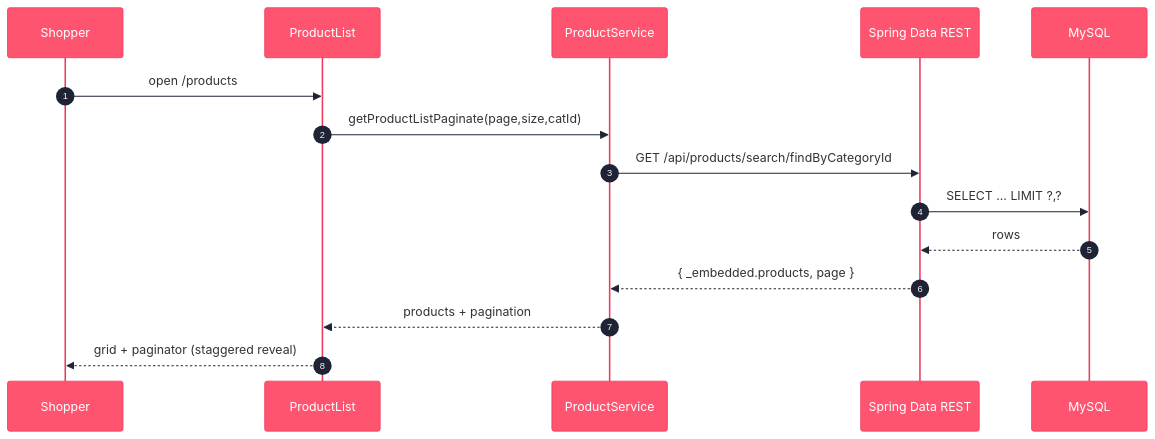
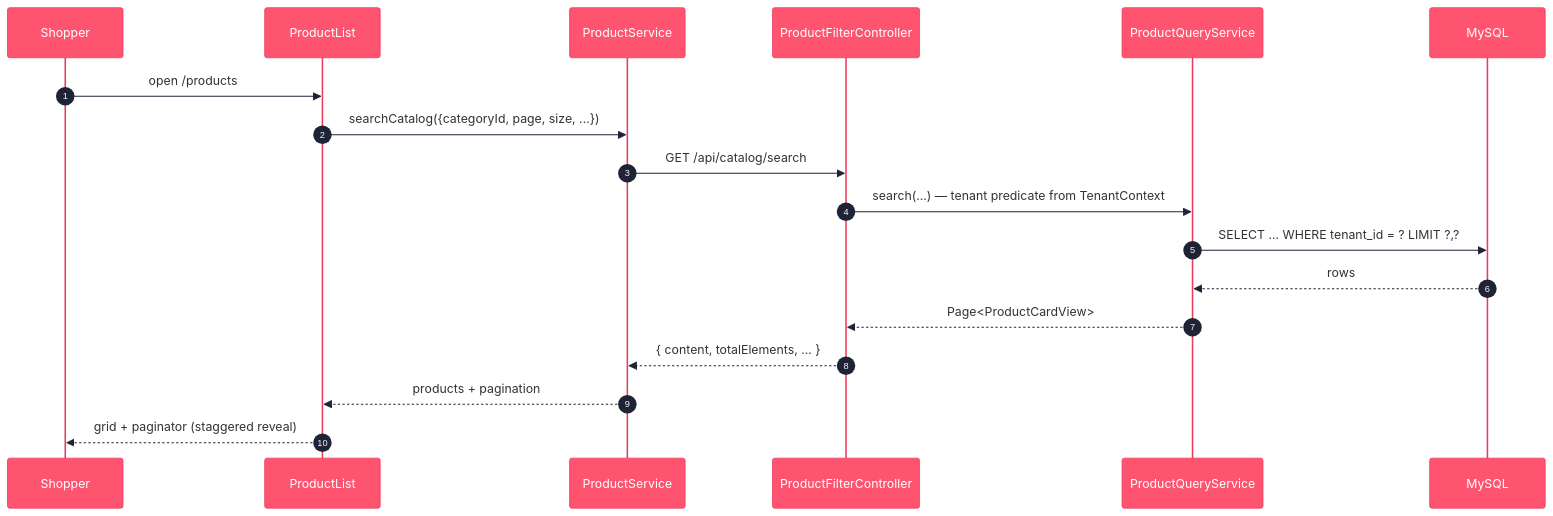
One commit to bbobbylon/AngularECommerceApp changed the fifth of 6 diagrams in docs/ARCHITECTURE.md. Above: the diagram before and after it, drawn with Mermaid. The commit also changed other lines of this file and 18 other files, not shown here.

````diff
--- a/docs/ARCHITECTURE.md
+++ b/docs/ARCHITECTURE.md
@@ -225,19 +248,22 @@
 ```mermaid
 %%{init: {'theme':'base','themeVariables':{'fontFamily':'DM Sans, system-ui, sans-serif','actorBkg':'#ff5470','actorTextColor':'#fff','actorBorder':'#ec3a5c','signalColor':'#1e2435','labelBoxBkgColor':'#eef2fb','labelBoxBorderColor':'#e7ecf7','noteBkgColor':'#fff4e0','noteBorderColor':'#f5b400'}}}%%
 sequenceDiagram
   autonumber
   participant U as Shopper
   participant PL as ProductList
   participant PS as ProductService
-  participant API as Spring Data REST
+  participant API as ProductFilterController
+  participant SVC as ProductQueryService
   participant DB as MySQL
 
   U->>PL: open /products
-  PL->>PS: getProductListPaginate(page,size,catId)
-  PS->>API: GET /api/products/search/findByCategoryId
-  API->>DB: SELECT ... LIMIT ?,?
-  DB-->>API: rows
-  API-->>PS: { _embedded.products, page }
+  PL->>PS: searchCatalog({categoryId, page, size, ...})
+  PS->>API: GET /api/catalog/search
+  API->>SVC: search(...) — tenant predicate from TenantContext
+  SVC->>DB: SELECT ... WHERE tenant_id = ? LIMIT ?,?
+  DB-->>SVC: rows
+  SVC-->>API: Page<ProductCardView>
+  API-->>PS: { content, totalElements, ... }
   PS-->>PL: products + pagination
   PL-->>U: grid + paginator (staggered reveal)
 ```
````
